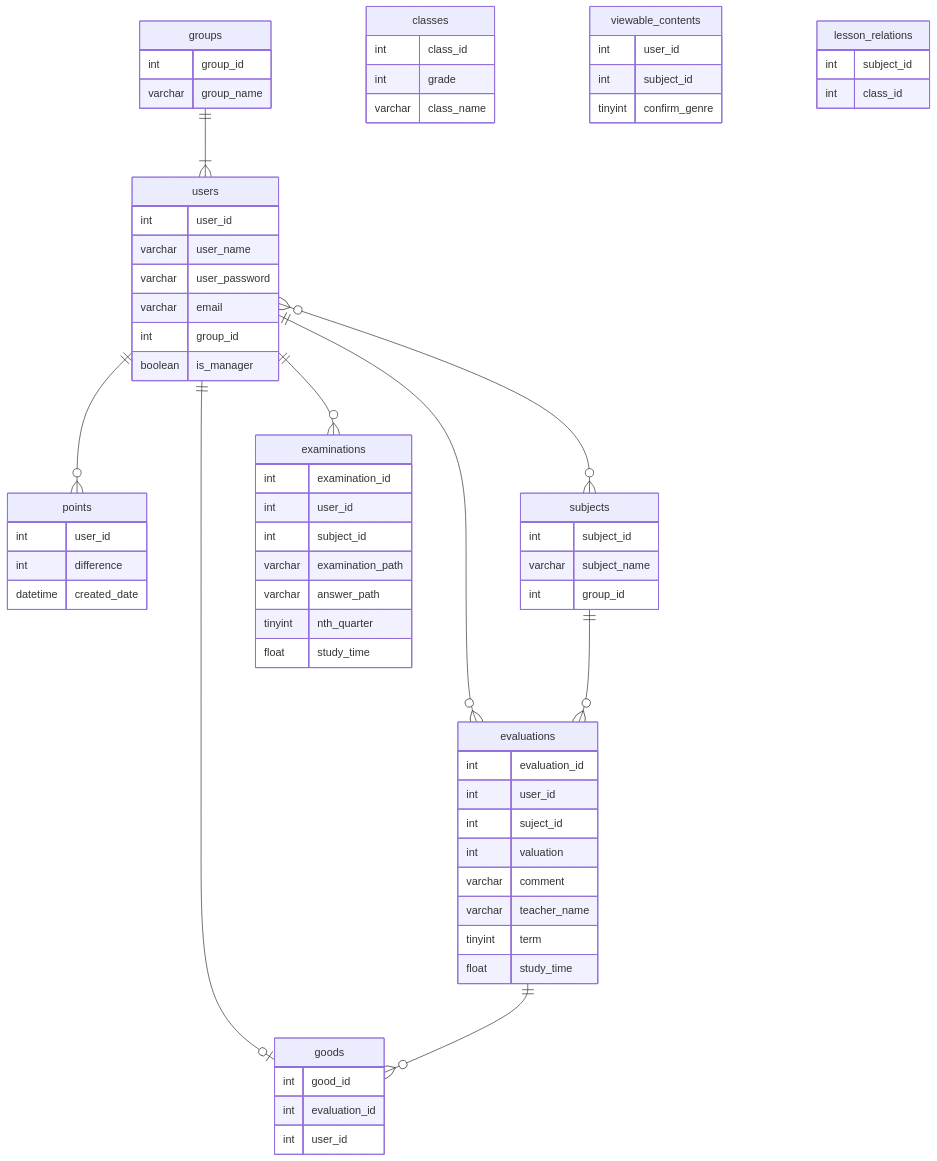
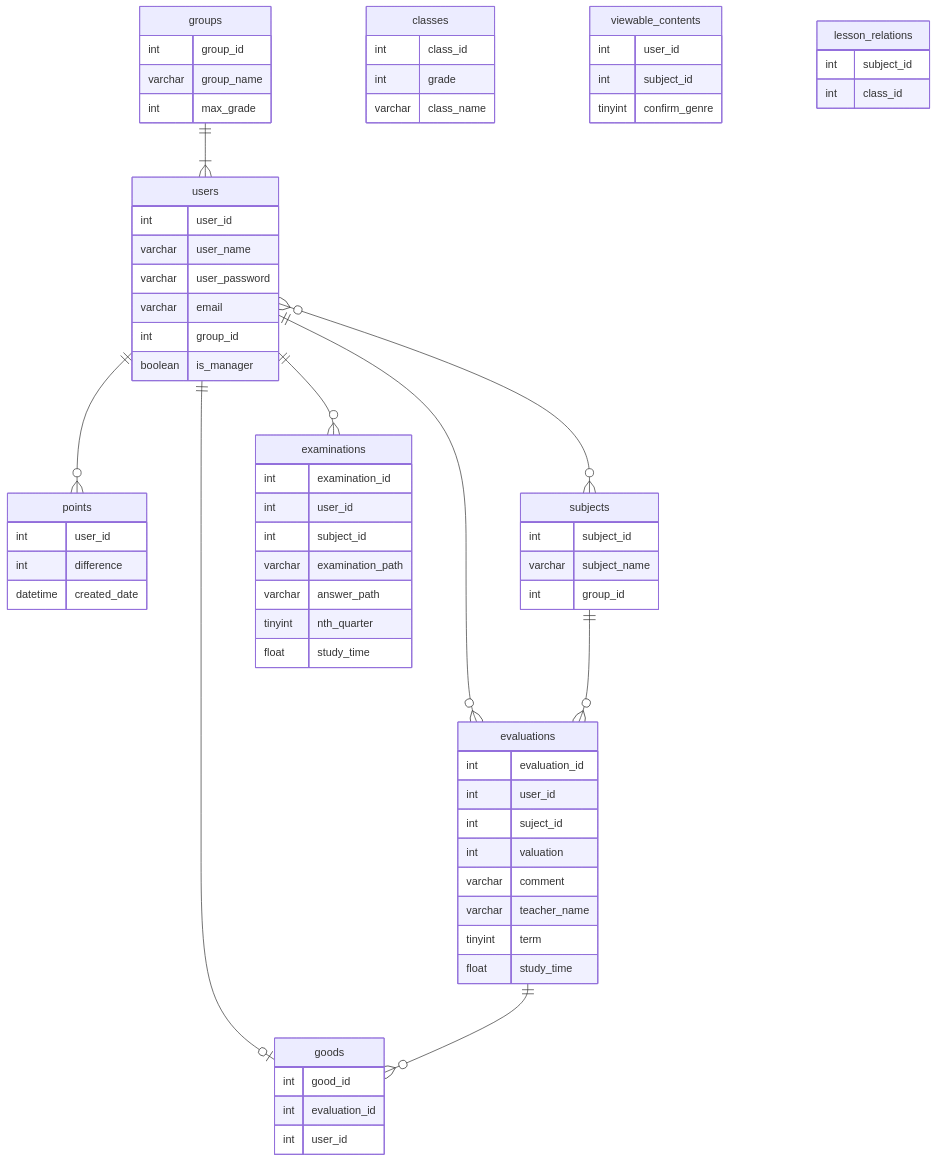
Before and after one commit to kinoshita0923/manabiba_backend: the diagram in docs/ER.md, drawn with Mermaid.

Commit message:
🩹 グループの学年の上限について修正

````diff
--- a/docs/ER.md
+++ b/docs/ER.md
@@ -1,81 +1,82 @@
 ```mermaid
 erDiagram
     groups {
         int group_id
         varchar group_name
+        int max_grade
     }
 
     users {
         int user_id
         varchar user_name
         varchar user_password
         varchar email
         int group_id
         boolean is_manager
     }
 
     classes {
         int class_id
         int grade
         varchar class_name
     }
 
     points {
         int user_id
         int difference
         datetime created_date
     }
 
     viewable_contents {
         int user_id
         int subject_id
         tinyint confirm_genre
     }
 
     subjects {
         int subject_id
         varchar subject_name
         int group_id
     }
 
     evaluations {
         int evaluation_id
         int user_id
         int suject_id
         int valuation
         varchar comment
         varchar teacher_name
         tinyint term
         float study_time
     }
 
     examinations {
         int examination_id
         int user_id
         int subject_id
         varchar examination_path
         varchar answer_path
         tinyint nth_quarter
         float study_time
     }
 
     lesson_relations {
         int subject_id
         int class_id
     }
 
     goods {
         int good_id
         int evaluation_id
         int user_id
     }
 
     groups||--|{users: ""
     users||--o{points: ""
     users}o--o{subjects: ""
     users||--o{evaluations: ""
     users||--o{examinations: ""
     users||--o|goods: ""
     subjects||--o{evaluations: ""
     evaluations||--o{goods: ""
 ```
````
